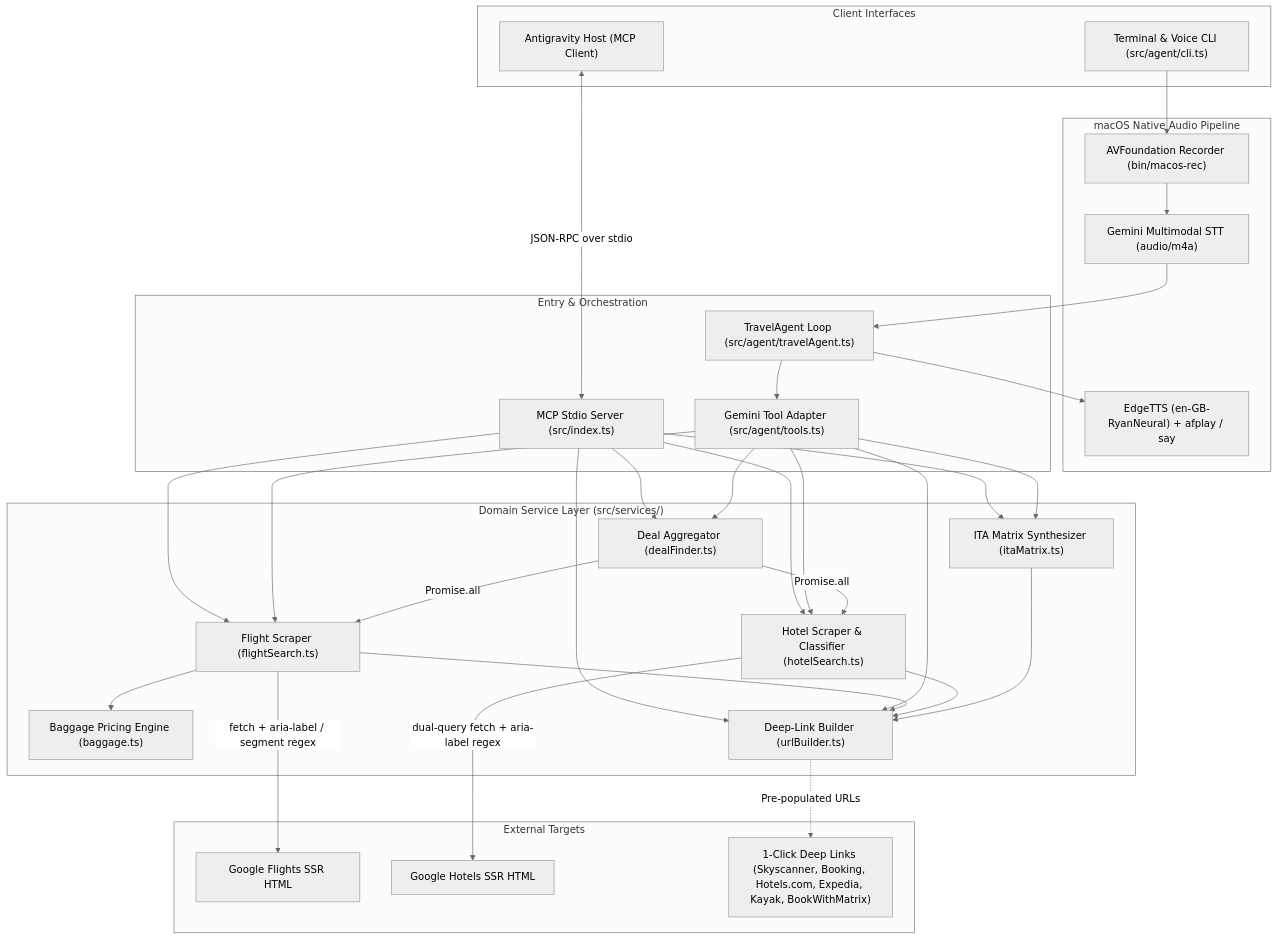
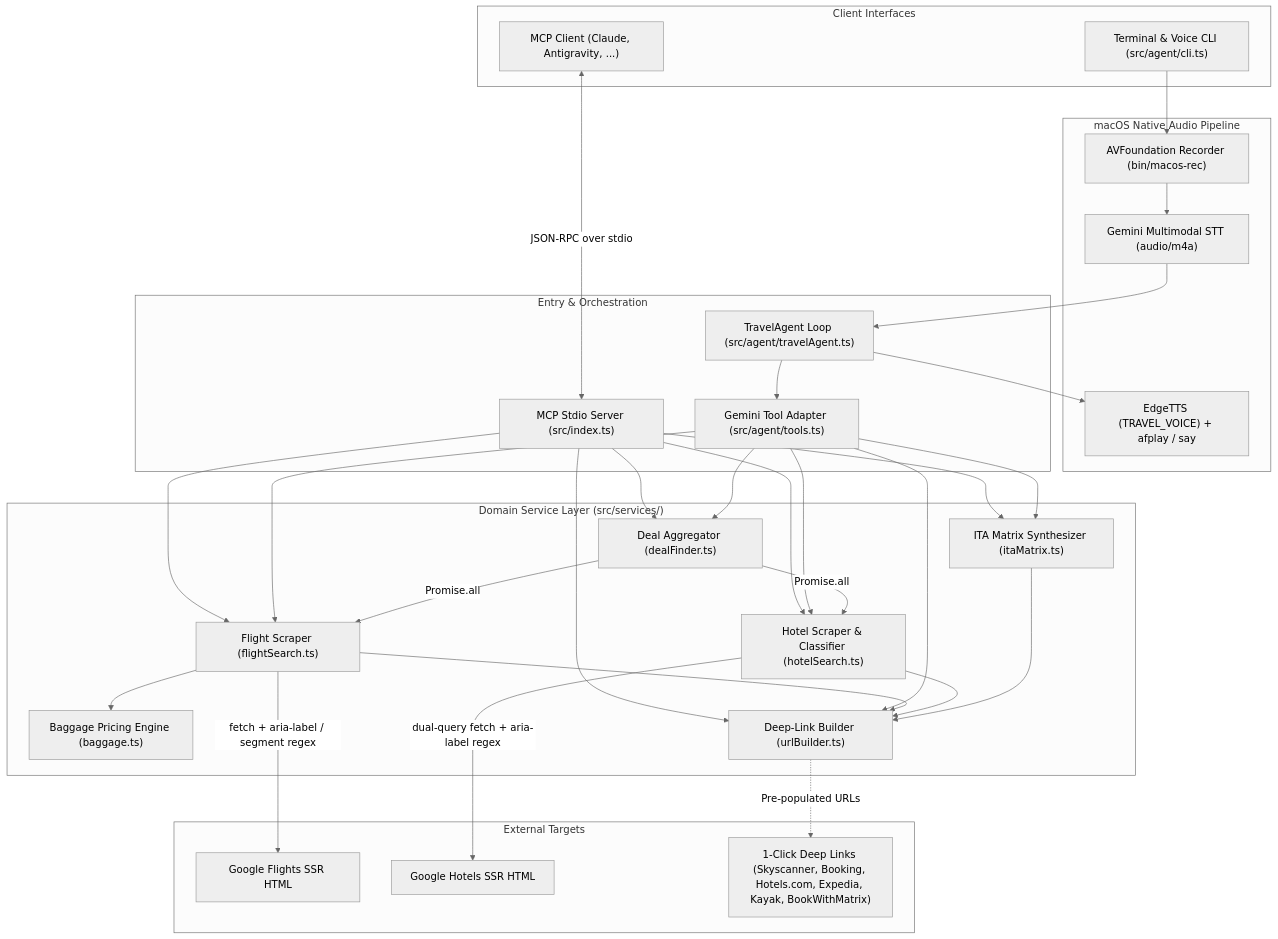
One commit to p9tdfv98tt-debug/travel-mcp changed the first of 2 diagrams in TECHNICAL.md. Above: the diagram before and after it, drawn with Mermaid (neutral theme). The commit also changed other lines of this file and 17 other files, not shown here.

````diff
--- a/TECHNICAL.md
+++ b/TECHNICAL.md
@@ -25,51 +24,51 @@
 ```mermaid
 flowchart TD
     subgraph Clients["Client Interfaces"]
-        AGY["Antigravity Host (MCP Client)"]
+        AGY["MCP Client (Claude, Antigravity, ...)"]
         CLI["Terminal & Voice CLI (src/agent/cli.ts)"]
     end
 
     subgraph VoiceIO["macOS Native Audio Pipeline"]
         MIC["AVFoundation Recorder (bin/macos-rec)"]
         STT["Gemini Multimodal STT (audio/m4a)"]
-        TTS["EdgeTTS (en-GB-RyanNeural) + afplay / say"]
+        TTS["EdgeTTS (TRAVEL_VOICE) + afplay / say"]
     end
 
     subgraph Core["Entry & Orchestration"]
         MCP["MCP Stdio Server (src/index.ts)"]
         AGT["TravelAgent Loop (src/agent/travelAgent.ts)"]
         TOOLS["Gemini Tool Adapter (src/agent/tools.ts)"]
     end
 
     subgraph Services["Domain Service Layer (src/services/)"]
         DEAL["Deal Aggregator (dealFinder.ts)"]
         FLT["Flight Scraper (flightSearch.ts)"]
         BAG["Baggage Pricing Engine (baggage.ts)"]
         HTL["Hotel Scraper & Classifier (hotelSearch.ts)"]
         URL["Deep-Link Builder (urlBuilder.ts)"]
         ITA["ITA Matrix Synthesizer (itaMatrix.ts)"]
     end
 
     subgraph Upstream["External Targets"]
         GF["Google Flights SSR HTML"]
         GH["Google Hotels SSR HTML"]
         OTAS["1-Click Deep Links (Skyscanner, Booking, Hotels.com, Expedia, Kayak, BookWithMatrix)"]
     end
 
     AGY <-->|"JSON-RPC over stdio"| MCP
     CLI --> MIC --> STT --> AGT
     AGT --> TTS
     AGT --> TOOLS
 
     MCP --> FLT & HTL & DEAL & URL & ITA
     TOOLS --> FLT & HTL & DEAL & URL & ITA
 
     DEAL -->|"Promise.all"| FLT & HTL
     FLT -->|"fetch + aria-label / segment regex"| GF
     FLT --> BAG
     FLT --> URL
     HTL -->|"dual-query fetch + aria-label regex"| GH
     HTL --> URL
     ITA --> URL
     URL -.->|"Pre-populated URLs"| OTAS
 ```
````
